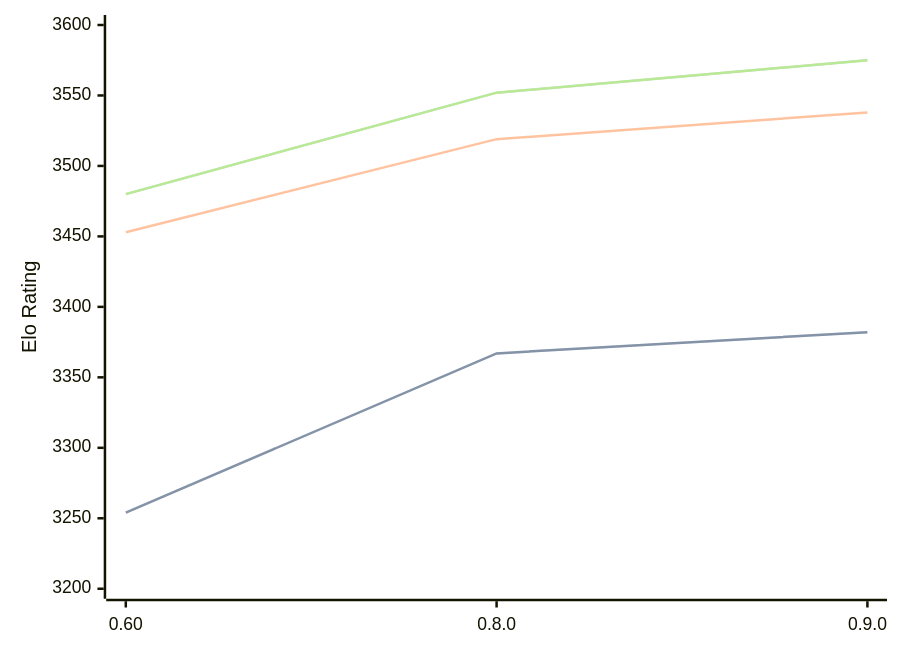
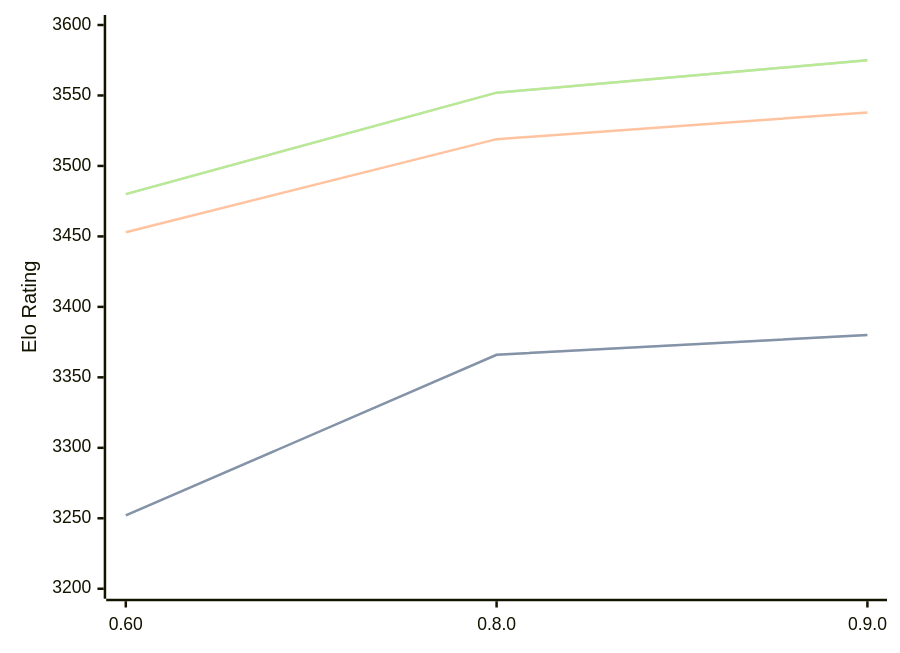
Before and after one commit to computer-chess-index/cci: the diagram in engines/Motor.md, drawn with Mermaid. The commit also changed other lines of this file, not shown here.

````diff
--- a/engines/Motor.md
+++ b/engines/Motor.md
@@ -37,11 +37,11 @@
 ```mermaid
 %%{init: {"theme":"base","themeVariables":{"seriesColors:['#a3a3a3','#222221','#faa371']}}}%%
 xychart-beta
   x-axis ["0.60", "0.8.0", "0.9.0"]
   y-axis "Elo Rating" 3200 --> 3600
-  line "STC (8.0+0.08s)" [3254, 3367, 3382]
-  line "STC (8.0+0.08s)" [3254, 3367, 3382]
+  line "STC (8.0+0.08s)" [3252, 3366, 3380]
+  line "STC (8.0+0.08s)" [3252, 3366, 3380]
   line "LTC (60.0+0.60s)" [3453, 3519, 3538]
   line "VLTC (2m24s+1.12s)" [3480, 3552, 3575]
   line "VLTC (2m24s+1.12s)" [3480, 3552, 3575]
 ```
````
